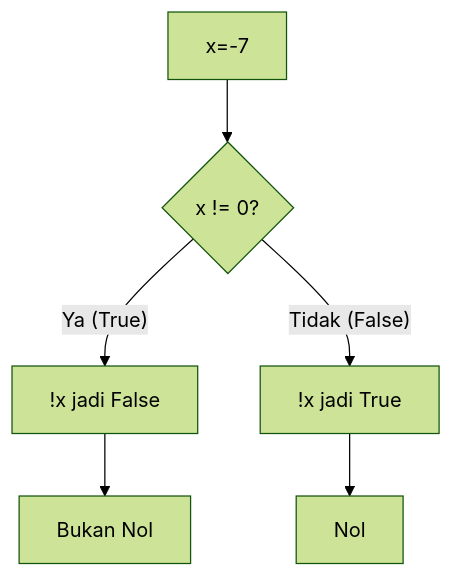
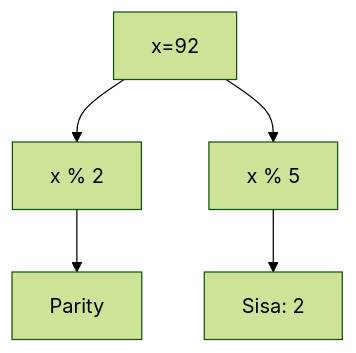
The fourth of 25 diagrams in part-c-pemahaman-cpp/02-percabangan/latihan/set-04.md (amnahwaida/OSNK_INF_PREP), drawn with Mermaid (forest theme) before and after one commit. The commit also changed other lines of this file and 71 other files, not shown here.

````diff
--- a/part-c-pemahaman-cpp/02-percabangan/latihan/set-04.md
+++ b/part-c-pemahaman-cpp/02-percabangan/latihan/set-04.md
@@ -78,8 +116,7 @@
 ```mermaid
 graph TD
-    A[x=-7] --> B{x != 0?}
-    B -- Ya (True) --> C["!x jadi False"]
-    B -- Tidak (False) --> D["!x jadi True"]
-    C --> E[Bukan Nol]
-    D --> F[Nol]
+A[x=92] --> B[x % 2]
+B --> C[Parity]
+A --> D[x % 5]
+D --> E[Sisa: 2]
 ```
````
